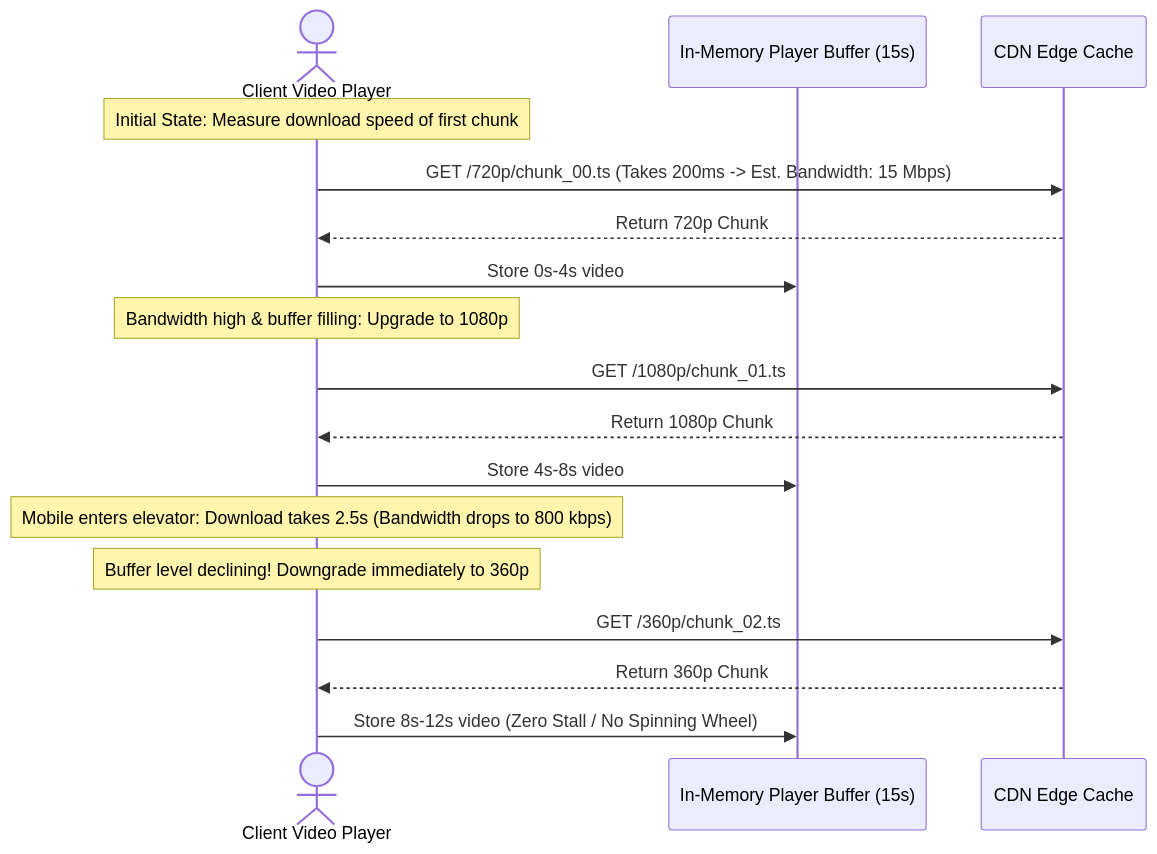
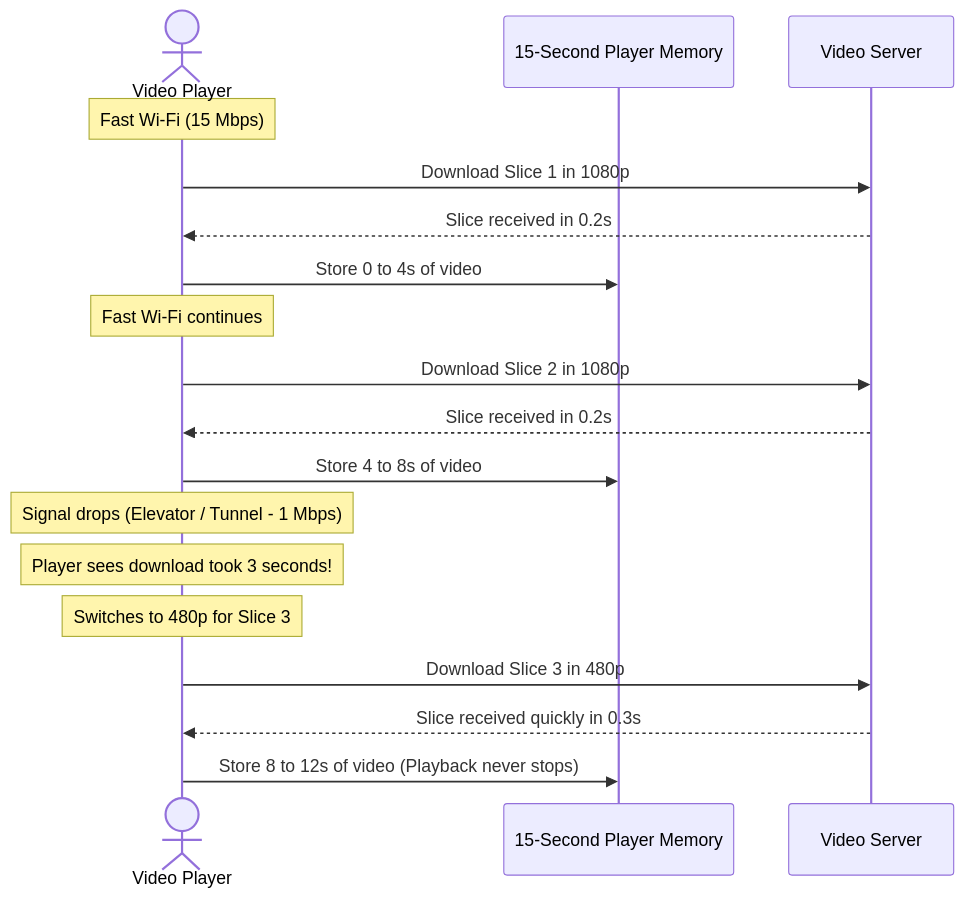
Before and after one commit to Rumman90/system-design-video-streaming: the diagram in docs/hls_dash_streaming.md, drawn with Mermaid. The commit also changed other lines of this file and 9 other files, not shown here.

````diff
--- a/docs/hls_dash_streaming.md
+++ b/docs/hls_dash_streaming.md
@@ -23,22 +19,23 @@
 ```mermaid
 sequenceDiagram
-    actor Player as Client Video Player
-    participant Buffer as In-Memory Player Buffer (15s)
-    participant CDN as CDN Edge Cache
+    actor Viewer as Video Player
+    participant Buffer as 15-Second Player Memory
+    participant CDN as Video Server
 
-    Note over Player: Initial State: Measure download speed of first chunk
-    Player->>CDN: GET /720p/chunk_00.ts (Takes 200ms -> Est. Bandwidth: 15 Mbps)
-    CDN-->>Player: Return 720p Chunk
-    Player->>Buffer: Store 0s-4s video
+    Note over Viewer: Fast Wi-Fi (15 Mbps)
+    Viewer->>CDN: Download Slice 1 in 1080p
+    CDN-->>Viewer: Slice received in 0.2s
+    Viewer->>Buffer: Store 0 to 4s of video
 
-    Note over Player: Bandwidth high & buffer filling: Upgrade to 1080p
-    Player->>CDN: GET /1080p/chunk_01.ts
-    CDN-->>Player: Return 1080p Chunk
-    Player->>Buffer: Store 4s-8s video
+    Note over Viewer: Fast Wi-Fi continues
+    Viewer->>CDN: Download Slice 2 in 1080p
+    CDN-->>Viewer: Slice received in 0.2s
+    Viewer->>Buffer: Store 4 to 8s of video
 
-    Note over Player: Mobile enters elevator: Download takes 2.5s (Bandwidth drops to 800 kbps)
-    Note over Player: Buffer level declining! Downgrade immediately to 360p
-    Player->>CDN: GET /360p/chunk_02.ts
-    CDN-->>Player: Return 360p Chunk
-    Player->>Buffer: Store 8s-12s video (Zero Stall / No Spinning Wheel)
+    Note over Viewer: Signal drops (Elevator / Tunnel - 1 Mbps)
+    Note over Viewer: Player sees download took 3 seconds!
+    Note over Viewer: Switches to 480p for Slice 3
+    Viewer->>CDN: Download Slice 3 in 480p
+    CDN-->>Viewer: Slice received quickly in 0.3s
+    Viewer->>Buffer: Store 8 to 12s of video (Playback never stops)
 ```
````
